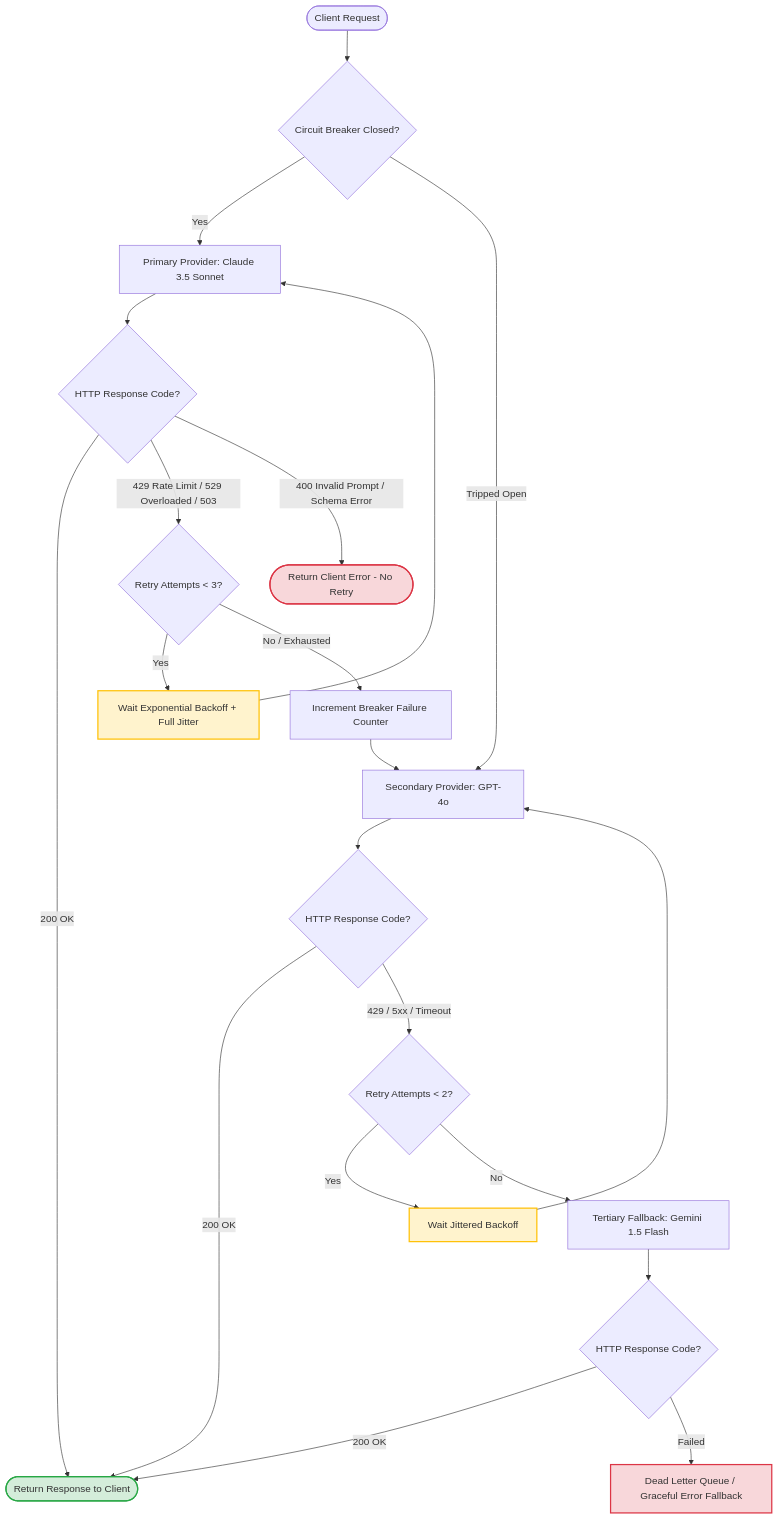
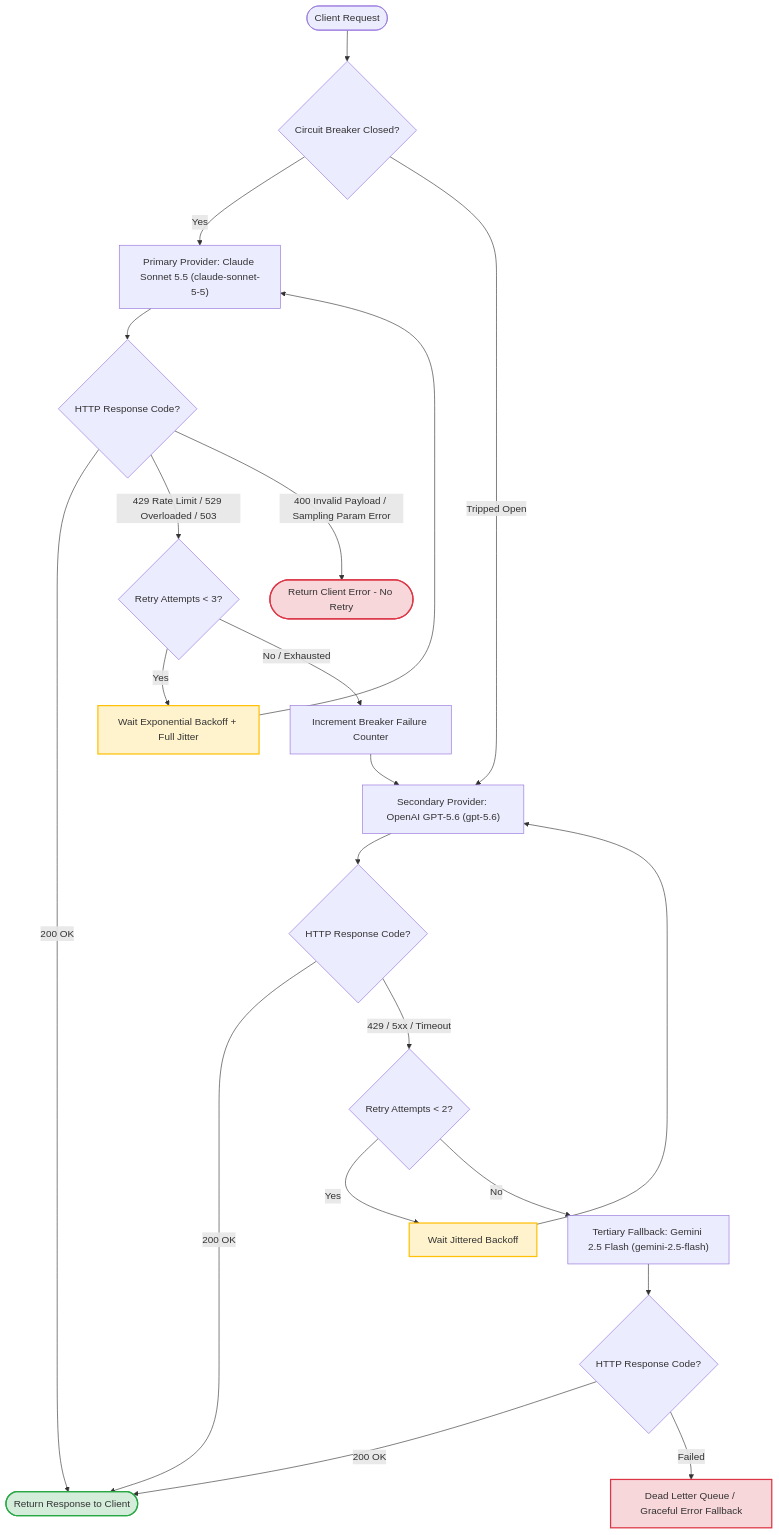
The diagram in diagrams/fallback_cascade.mmd (pnas/eai-app-development), drawn with Mermaid before and after one commit. The commit also changed other lines of this file and 197 other files, not shown here.

````diff
--- a/diagrams/fallback_cascade.mmd
+++ b/diagrams/fallback_cascade.mmd
@@ -1,33 +1,31 @@
-```mermaid
 flowchart TD
     Start([Client Request]) --> C1{Circuit Breaker Closed?}
     
-    C1 -->|Yes| P1[Primary Provider: Claude 3.5 Sonnet]
-    C1 -->|Tripped Open| P2[Secondary Provider: GPT-4o]
+    C1 -->|Yes| P1["Primary Provider: Claude Sonnet 5.5 (claude-sonnet-5-5)"]
+    C1 -->|Tripped Open| P2["Secondary Provider: OpenAI GPT-5.6 (gpt-5.6)"]
     
     P1 --> R1{HTTP Response Code?}
     R1 -->|200 OK| Success([Return Response to Client])
     R1 -->|429 Rate Limit / 529 Overloaded / 503| Retry1{Retry Attempts < 3?}
-    R1 -->|400 Invalid Prompt / Schema Error| ClientErr([Return Client Error - No Retry])
+    R1 -->|400 Invalid Payload / Sampling Param Error| ClientErr([Return Client Error - No Retry])
     
     Retry1 -->|Yes| Backoff1[Wait Exponential Backoff + Full Jitter] --> P1
     Retry1 -->|No / Exhausted| TripCB1[Increment Breaker Failure Counter] --> P2
     
     P2 --> R2{HTTP Response Code?}
     R2 -->|200 OK| Success
     R2 -->|429 / 5xx / Timeout| Retry2{Retry Attempts < 2?}
     
     Retry2 -->|Yes| Backoff2[Wait Jittered Backoff] --> P2
-    Retry2 -->|No| P3[Tertiary Fallback: Gemini 1.5 Flash]
+    Retry2 -->|No| P3["Tertiary Fallback: Gemini 2.5 Flash (gemini-2.5-flash)"]
     
     P3 --> R3{HTTP Response Code?}
     R3 -->|200 OK| Success
     R3 -->|Failed| DeadLetter[Dead Letter Queue / Graceful Error Fallback]
 
     classDef ok fill:#d4edda,stroke:#28a745,stroke-width:2px;
     classDef fail fill:#f8d7da,stroke:#dc3545,stroke-width:2px;
     classDef retry fill:#fff3cd,stroke:#ffc107,stroke-width:2px;
     class Success ok;
     class DeadLetter,ClientErr fail;
     class Backoff1,Backoff2 retry;
-```
````
